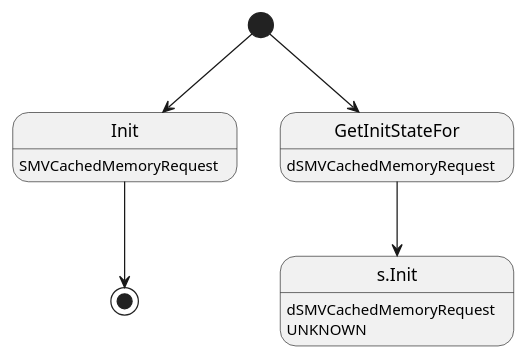
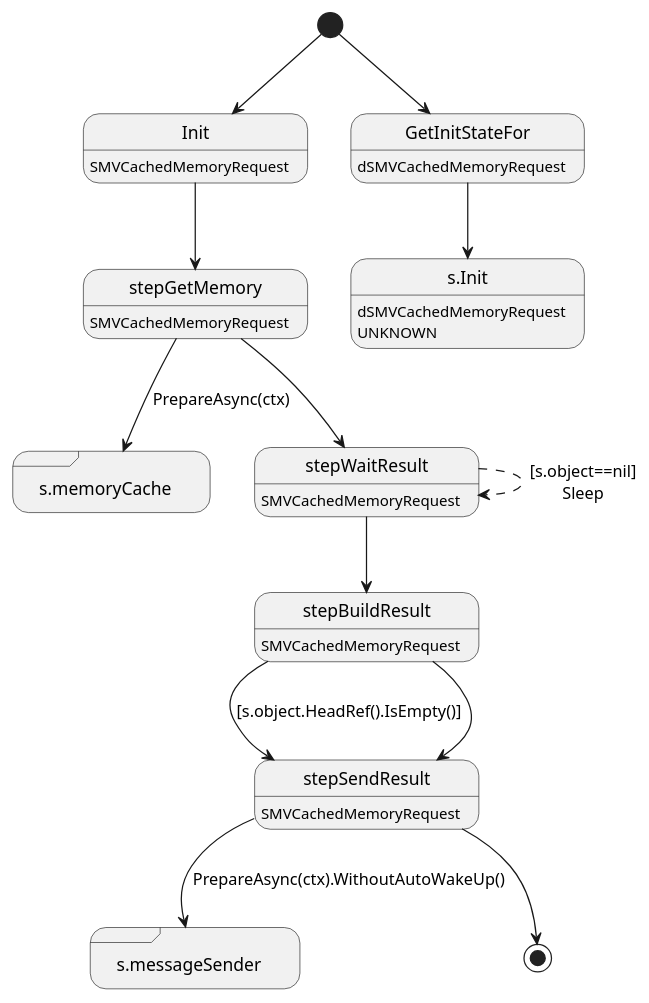
Before and after one commit to insolar/assured-ledger: the diagram in ledger-core/virtual/handlers/vcachedmemoryrequest.plantuml, drawn with PlantUML. The commit also changed 7 other files, not shown here.

First line of the commit message:
PLAT-751: add SMVCachedMemoryRequest (#710)

```diff
--- a/ledger-core/virtual/handlers/vcachedmemoryrequest.plantuml
+++ b/ledger-core/virtual/handlers/vcachedmemoryrequest.plantuml
@@ -1,13 +1,31 @@
 @startuml
 state "Init" as T01_S001
 T01_S001 : SMVCachedMemoryRequest
 [*] --> T01_S001
-T01_S001 --> [*]
+T01_S001 --> T01_S002
+state "s.memoryCache" as T01_S003 <<sdlreceive>>
+state "s.messageSender" as T01_S007 <<sdlreceive>>
+state "stepBuildResult" as T01_S005
+T01_S005 : SMVCachedMemoryRequest
+T01_S005 --> T01_S006 : [s.object.HeadRef().IsEmpty()]
+T01_S005 --> T01_S006
+state "stepGetMemory" as T01_S002
+T01_S002 : SMVCachedMemoryRequest
+T01_S002 --> T01_S003 : PrepareAsync(ctx)
+T01_S002 --> T01_S004
+state "stepSendResult" as T01_S006
+T01_S006 : SMVCachedMemoryRequest
+T01_S006 --> T01_S007 : PrepareAsync(ctx).WithoutAutoWakeUp()
+T01_S006 --> [*]
+state "stepWaitResult" as T01_S004
+T01_S004 : SMVCachedMemoryRequest
+T01_S004 --[dashed]> T01_S004 : [s.object==nil]\nSleep
+T01_S004 --> T01_S005
 state "GetInitStateFor" as T00_S001
 T00_S001 : dSMVCachedMemoryRequest
 [*] --> T00_S001
 state "s.Init" as T00_U001
 T00_U001 : dSMVCachedMemoryRequest
 T00_U001 : UNKNOWN 
 T00_S001 --> T00_U001
 @enduml
```
